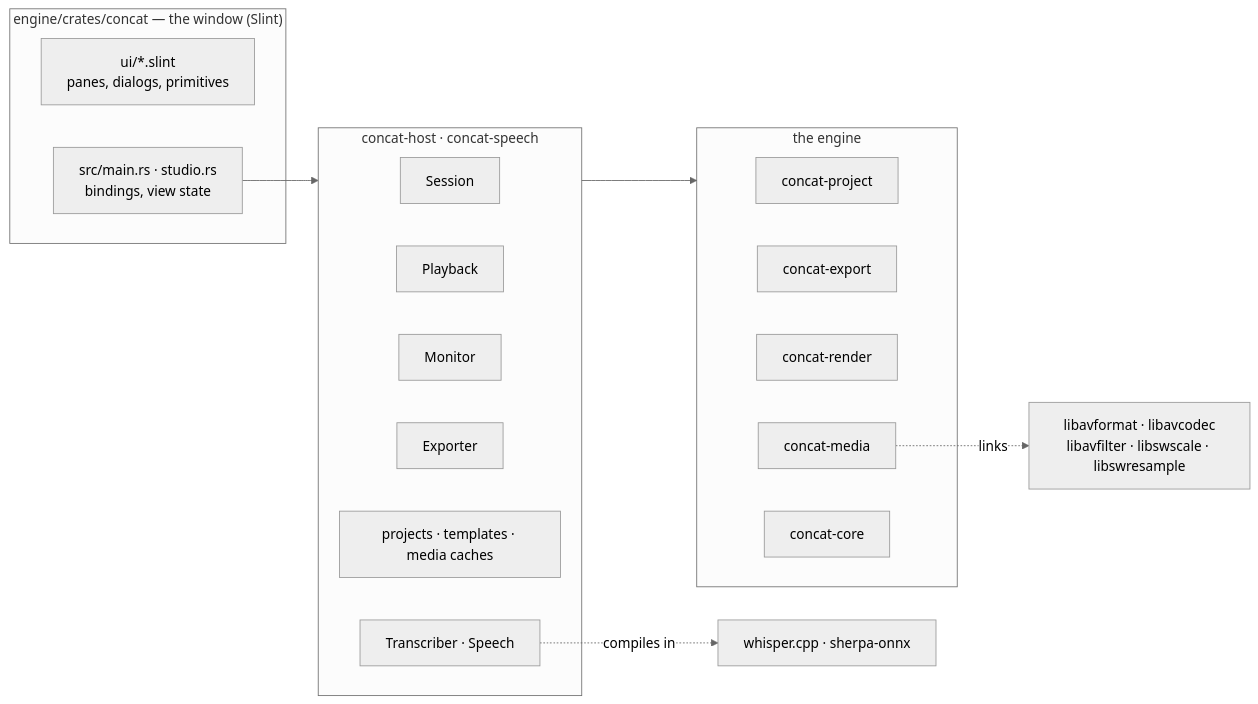
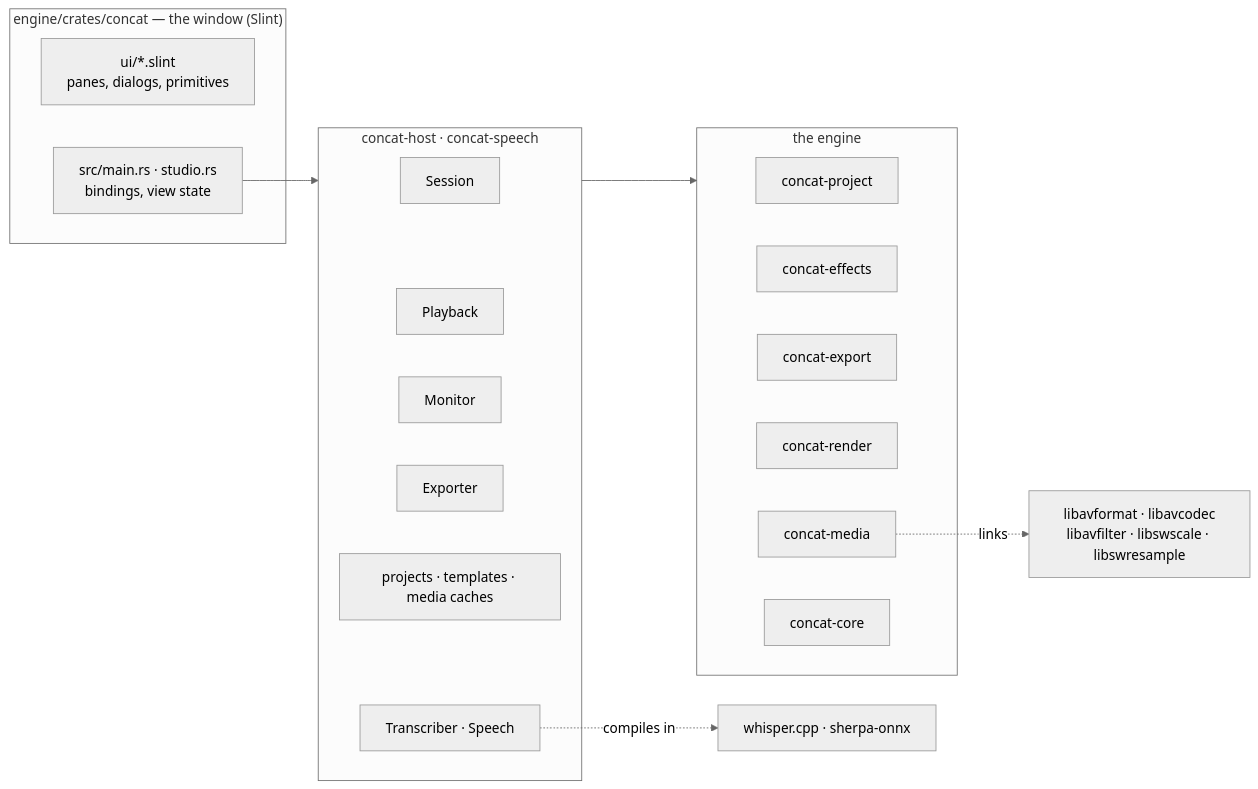
The first of 3 diagrams in ARCHITECTURE.md (Mehdidjah/Concat-app), drawn with Mermaid (neutral theme) before and after one commit. The commit also changed other lines of this file and 68 other files, not shown here.

````diff
--- a/ARCHITECTURE.md
+++ b/ARCHITECTURE.md
@@ -11,26 +11,27 @@
 ```mermaid
 flowchart LR
     subgraph WINDOW["engine/crates/concat — the window (Slint)"]
         UI["ui/*.slint<br/>panes, dialogs, primitives"]
         MAIN["src/main.rs · studio.rs<br/>bindings, view state"]
     end
     subgraph HOST["concat-host · concat-speech"]
         SESSION[Session]
         PLAY[Playback]
         MON[Monitor]
         EXP[Exporter]
         PROJ["projects · templates · media caches"]
         SPEECH["Transcriber · Speech"]
     end
     subgraph ENGINE["the engine"]
         PROJECT[concat-project]
+        EFFECTS[concat-effects]
         EXPORT[concat-export]
         RENDER[concat-render]
         MEDIA[concat-media]
         CORE[concat-core]
     end
     MAIN --> HOST
     HOST --> ENGINE
     MEDIA -. links .-> FF["libavformat · libavcodec<br/>libavfilter · libswscale · libswresample"]
     SPEECH -. compiles in .-> W["whisper.cpp · sherpa-onnx"]
 ```
````
